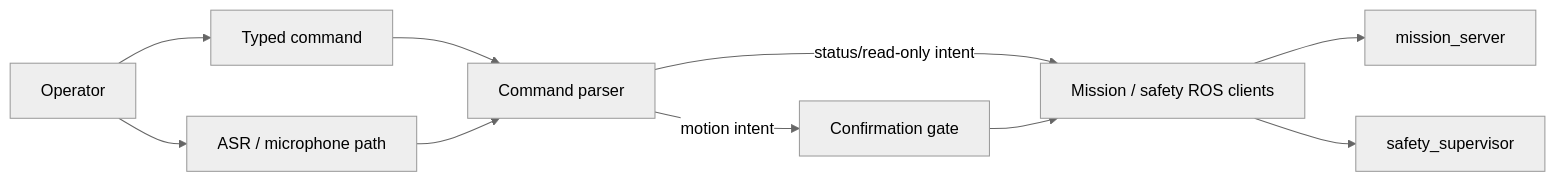
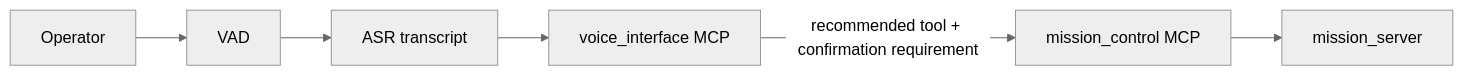
Before and after one commit to KartikMehta-1/AMR-development: the first of 2 diagrams in docs/architecture/50_voice_operator_interface.md, drawn with Mermaid (neutral theme). The commit also changed other lines of this file and 23 other files, not shown here.

Commit message:
Add MCP voice wake and VAD pipeline

````diff
--- a/docs/architecture/50_voice_operator_interface.md
+++ b/docs/architecture/50_voice_operator_interface.md
@@ -19,21 +20,15 @@
 ```mermaid
 flowchart LR
   USER[Operator]
-  TEXT[Typed command]
-  ASR[ASR / microphone path]
-  PARSER[Command parser]
-  CONFIRM[Confirmation gate]
-  CLIENTS[Mission / safety ROS clients]
+  VAD[VAD]
+  ASR[ASR transcript]
+  VOICEMCP[voice_interface MCP]
+  MISSIONMCP[mission_control MCP]
   MISSION[mission_server]
-  SAFETY[safety_supervisor]
 
-  USER --> TEXT
-  USER --> ASR
-  TEXT --> PARSER
-  ASR --> PARSER
-  PARSER -->|status/read-only intent| CLIENTS
-  PARSER -->|motion intent| CONFIRM
-  CONFIRM --> CLIENTS
-  CLIENTS --> MISSION
-  CLIENTS --> SAFETY
+  USER --> VAD
+  VAD --> ASR
+  ASR --> VOICEMCP
+  VOICEMCP -->|recommended tool + confirmation requirement| MISSIONMCP
+  MISSIONMCP --> MISSION
 ```
````
